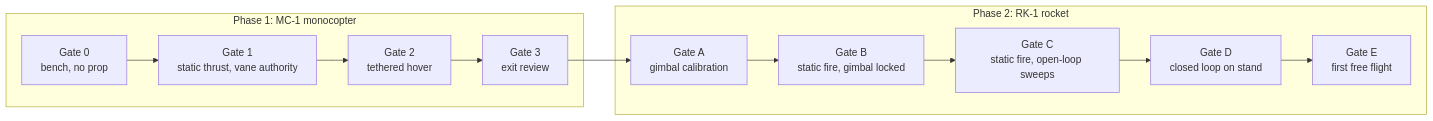
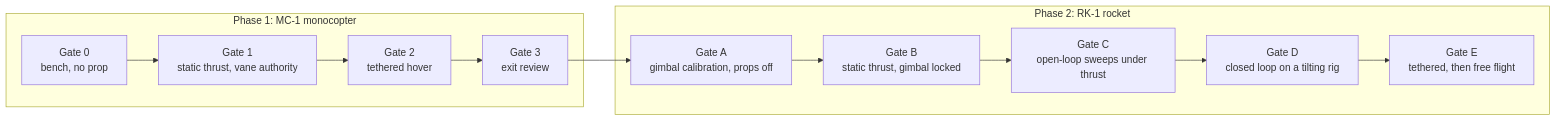
One commit to JeyaVardhan-L/Single-Thrust-Vector-Controlled-Rocket changed the diagram in docs/00-project-overview.md. Above: the diagram before and after it, drawn with Mermaid. The commit also changed other lines of this file and 53 other files, not shown here.

````diff
--- a/docs/00-project-overview.md
+++ b/docs/00-project-overview.md
@@ -32,10 +33,10 @@
 ```mermaid
 flowchart LR
   subgraph P1[Phase 1: MC-1 monocopter]
     G0[Gate 0<br/>bench, no prop] --> G1[Gate 1<br/>static thrust, vane authority] --> G2[Gate 2<br/>tethered hover] --> G3[Gate 3<br/>exit review]
   end
   subgraph P2[Phase 2: RK-1 rocket]
-    GA[Gate A<br/>gimbal calibration] --> GB[Gate B<br/>static fire, gimbal locked] --> GC[Gate C<br/>static fire, open-loop sweeps] --> GD[Gate D<br/>closed loop on stand] --> GE[Gate E<br/>first free flight]
+    GA[Gate A<br/>gimbal calibration, props off] --> GB[Gate B<br/>static thrust, gimbal locked] --> GC[Gate C<br/>open-loop sweeps under thrust] --> GD[Gate D<br/>closed loop on a tilting rig] --> GE[Gate E<br/>tethered, then free flight]
   end
   G3 --> GA
 ```
````
